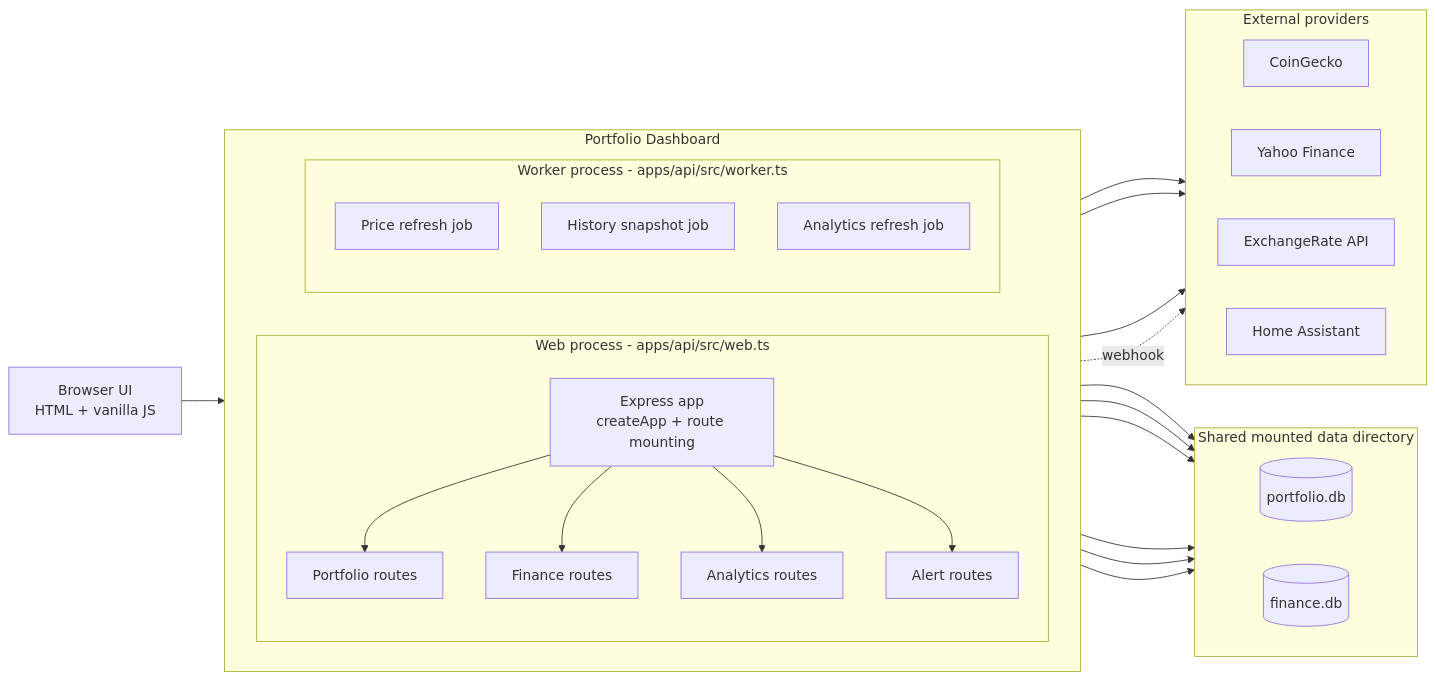
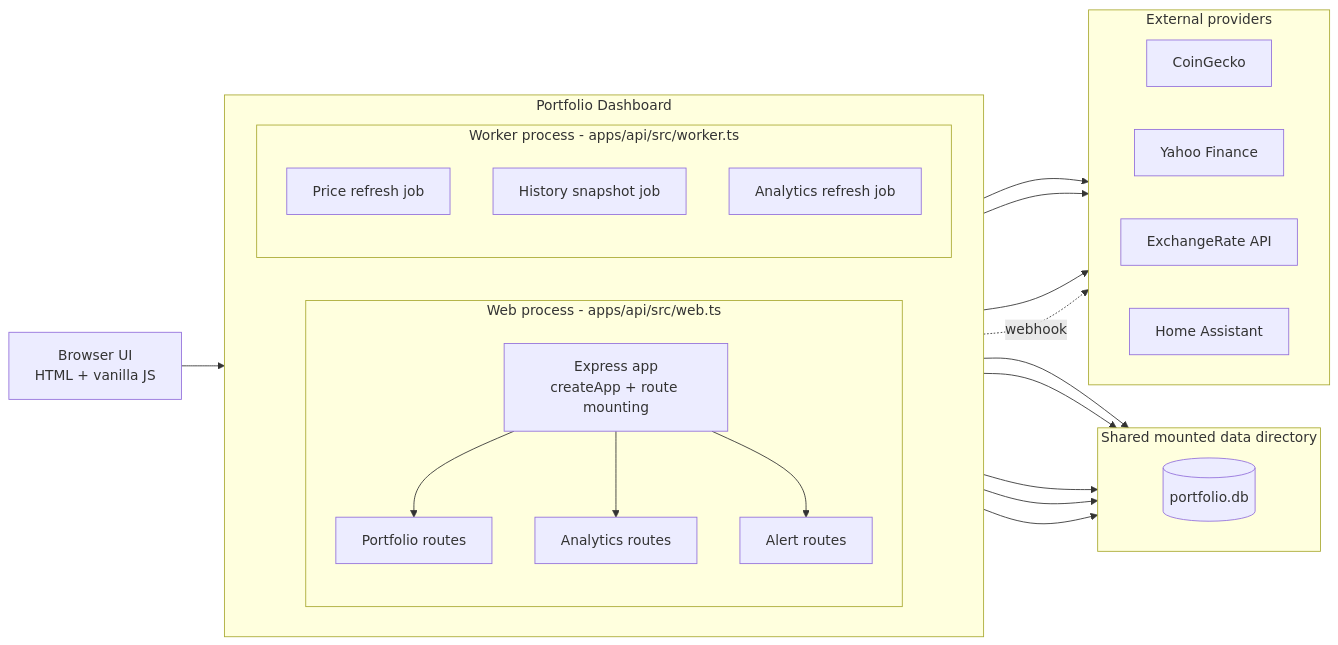
Before and after one commit to renanmoraisdasilva/portfolio-dashboard: the first of 3 diagrams in docs/ARCHITECTURE-OVERVIEW.md, drawn with Mermaid. The commit also changed other lines of this file and 30 other files, not shown here.

````diff
--- a/docs/ARCHITECTURE-OVERVIEW.md
+++ b/docs/ARCHITECTURE-OVERVIEW.md
@@ -5,57 +5,53 @@
 ```mermaid
 flowchart LR
     Browser[Browser UI<br/>HTML + vanilla JS]
 
     subgraph Application[Portfolio Dashboard]
         direction LR
 
         subgraph Web[Web process - apps/api/src/web.ts]
             direction TB
             App[Express app<br/>createApp + route mounting]
             PortfolioRoutes[Portfolio routes]
-            FinanceRoutes[Finance routes]
             AnalyticsRoutes[Analytics routes]
             AlertRoutes[Alert routes]
             App --> PortfolioRoutes
-            App --> FinanceRoutes
             App --> AnalyticsRoutes
             App --> AlertRoutes
         end
 
         subgraph Worker[Worker process - apps/api/src/worker.ts]
             direction TB
             PriceJob[Price refresh job]
             HistoryJob[History snapshot job]
             AnalyticsJob[Analytics refresh job]
         end
     end
 
     subgraph Storage[Shared mounted data directory]
         direction LR
         Portfolio[(portfolio.db)]
-        FinanceDB[(finance.db)]
     end
 
     subgraph Providers[External providers]
         direction LR
         CoinGecko[CoinGecko]
         Yahoo[Yahoo Finance]
         Exchange[ExchangeRate API]
         HA[Home Assistant]
     end
 
     Browser --> App
 
     PortfolioRoutes --> Portfolio
     AnalyticsRoutes --> Portfolio
-    FinanceRoutes --> FinanceDB
 
     PriceJob --> Portfolio
     HistoryJob --> Portfolio
     AnalyticsJob --> Portfolio
 
     PriceJob --> CoinGecko
     PriceJob --> Yahoo
     PriceJob --> Exchange
     AlertRoutes -. webhook .-> HA
 ```
````
